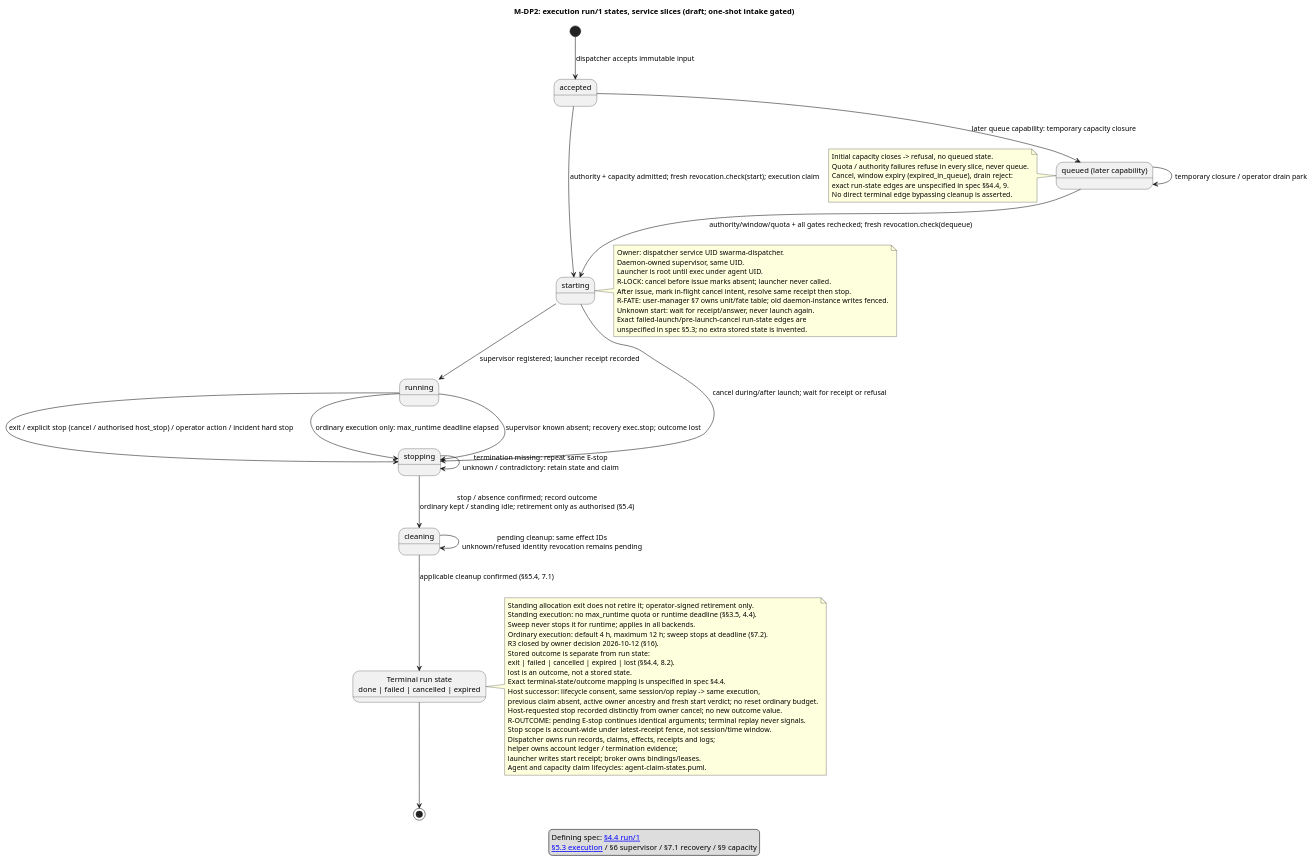
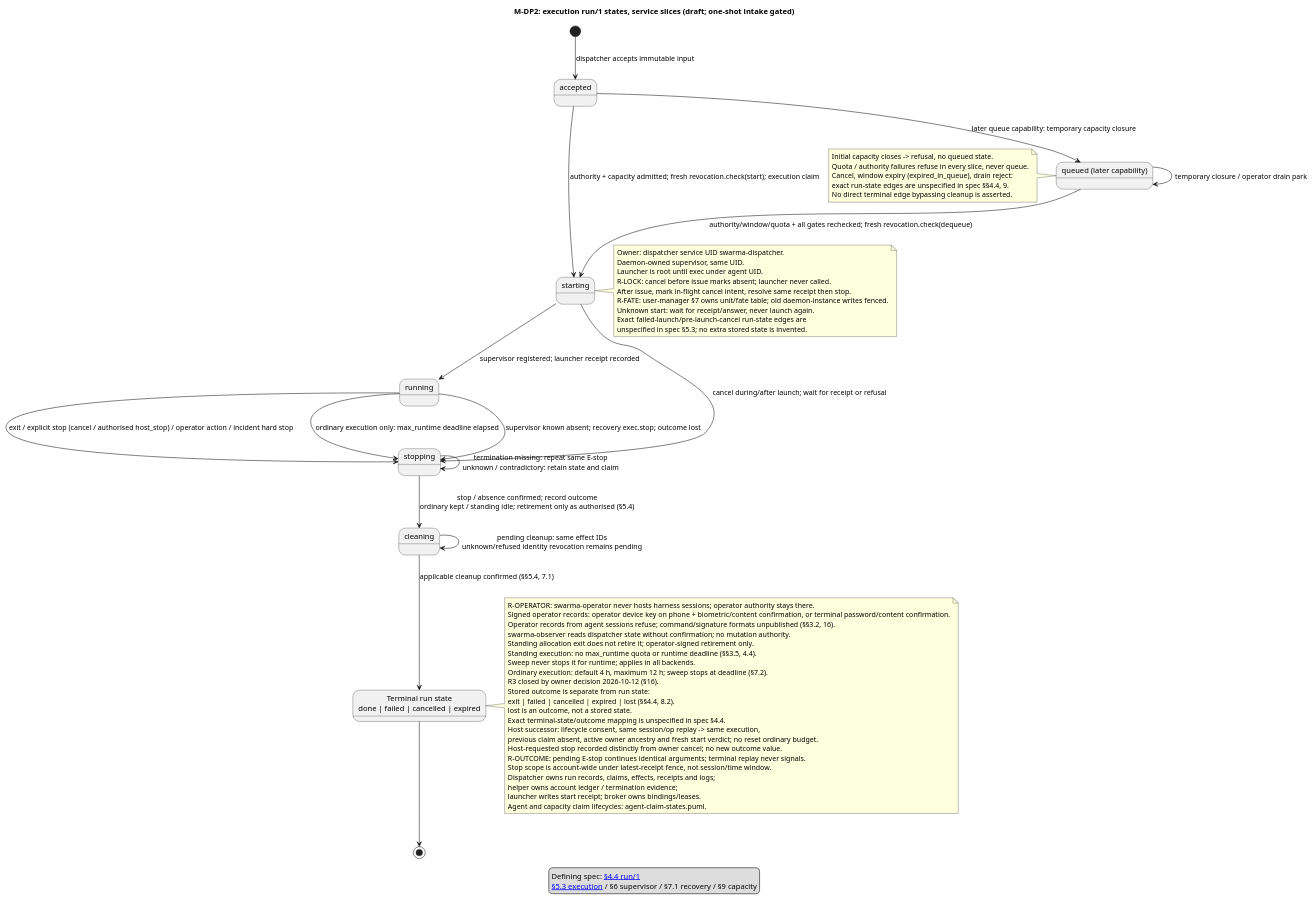
The diagram in diagrams/run-states.puml (relux-works/curator-dispatcher), drawn with PlantUML before and after one commit. The commit also changed 10 other files, not shown here.

First line of the commit message:
Apply the phone-first operator path (F-23) to the dispatcher spec

```diff
--- a/diagrams/run-states.puml
+++ b/diagrams/run-states.puml
@@ -1,67 +1,71 @@
 @startuml run-states
 title M-DP2: execution run/1 states, service slices (draft; one-shot intake gated)
 state "accepted" as Accepted
 state "queued (later capability)" as Queued
 state "starting" as Starting
 state "running" as Running
 state "stopping" as Stopping
 state "cleaning" as Cleaning
 state "Terminal run state\ndone | failed | cancelled | expired" as Terminal
 [*] --> Accepted : dispatcher accepts immutable input
 Accepted --> Queued : later queue capability: temporary capacity closure
 Accepted --> Starting : authority + capacity admitted; fresh revocation.check(start); execution claim
 Queued --> Starting : authority/window/quota + all gates rechecked; fresh revocation.check(dequeue)
 Queued --> Queued : temporary closure / operator drain park
 Starting --> Running : supervisor registered; launcher receipt recorded
 Starting --> Stopping : cancel during/after launch; wait for receipt or refusal
 Running --> Stopping : exit / explicit stop (cancel / authorised host_stop) / operator action / incident hard stop
 Running --> Stopping : ordinary execution only: max_runtime deadline elapsed
 Running --> Stopping : supervisor known absent; recovery exec.stop; outcome lost
 Stopping --> Stopping : termination missing: repeat same E-stop\nunknown / contradictory: retain state and claim
 Stopping --> Cleaning : stop / absence confirmed; record outcome\nordinary kept / standing idle; retirement only as authorised (§5.4)
 Cleaning --> Cleaning : pending cleanup: same effect IDs\nunknown/refused identity revocation remains pending
 Cleaning --> Terminal : applicable cleanup confirmed (§§5.4, 7.1)
 Terminal --> [*]
 note right of Starting
   Owner: dispatcher service UID swarma-dispatcher.
   Daemon-owned supervisor, same UID.
   Launcher is root until exec under agent UID.
   R-LOCK: cancel before issue marks absent; launcher never called.
   After issue, mark in-flight cancel intent, resolve same receipt then stop.
   R-FATE: user-manager §7 owns unit/fate table; old daemon-instance writes fenced.
   Unknown start: wait for receipt/answer, never launch again.
   Exact failed-launch/pre-launch-cancel run-state edges are
   unspecified in spec §5.3; no extra stored state is invented.
 end note
 note left of Queued
   Initial capacity closes -> refusal, no queued state.
   Quota / authority failures refuse in every slice, never queue.
   Cancel, window expiry (expired_in_queue), drain reject:
   exact run-state edges are unspecified in spec §§4.4, 9.
   No direct terminal edge bypassing cleanup is asserted.
 end note
 note right of Terminal
+  R-OPERATOR: swarma-operator never hosts harness sessions; operator authority stays there.
+  Signed operator records: operator device key on phone + biometric/content confirmation, or terminal password/content confirmation.
+  Operator records from agent sessions refuse; command/signature formats unpublished (§§3.2, 16).
+  swarma-observer reads dispatcher state without confirmation; no mutation authority.
   Standing allocation exit does not retire it; operator-signed retirement only.
   Standing execution: no max_runtime quota or runtime deadline (§§3.5, 4.4).
   Sweep never stops it for runtime; applies in all backends.
   Ordinary execution: default 4 h, maximum 12 h; sweep stops at deadline (§7.2).
   R3 closed by owner decision 2026-10-12 (§16).
   Stored outcome is separate from run state:
   exit | failed | cancelled | expired | lost (§§4.4, 8.2).
   lost is an outcome, not a stored state.
   Exact terminal-state/outcome mapping is unspecified in spec §4.4.
   Host successor: lifecycle consent, same session/op replay -> same execution,
   previous claim absent, active owner ancestry and fresh start verdict; no reset ordinary budget.
   Host-requested stop recorded distinctly from owner cancel; no new outcome value.
   R-OUTCOME: pending E-stop continues identical arguments; terminal replay never signals.
   Stop scope is account-wide under latest-receipt fence, not session/time window.
   Dispatcher owns run records, claims, effects, receipts and logs;
   helper owns account ledger / termination evidence;
   launcher writes start receipt; broker owns bindings/leases.
   Agent and capacity claim lifecycles: agent-claim-states.puml.
 end note
 legend
   Defining spec: [[https://github.com/relux-works/swarma-dispatcher/blob/main/spec/dispatcher.md#44-execution-run1 §4.4 run/1]]
   [[https://github.com/relux-works/swarma-dispatcher/blob/main/spec/dispatcher.md#53-execution §5.3 execution]] / §6 supervisor / §7.1 recovery / §9 capacity
 endlegend
 @enduml
```
